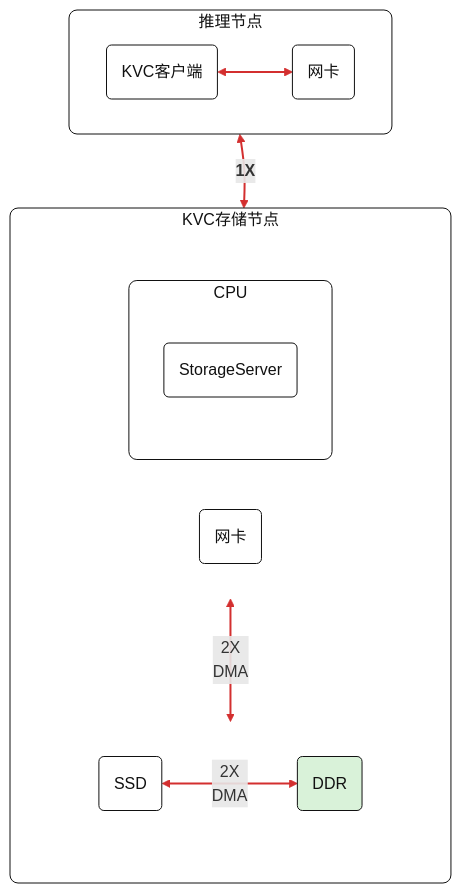
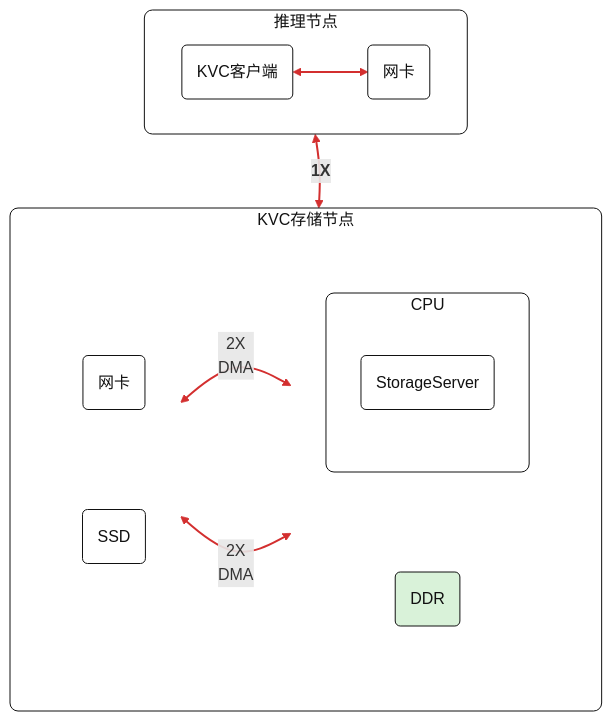
The diagram in doc/l0_enablement.md (kunpengcompute/spdk), drawn with Mermaid before and after one commit.

Commit message:
doc: align DDR below CPU in L0 diagram

````diff
--- a/doc/l0_enablement.md
+++ b/doc/l0_enablement.md
@@ -19,50 +19,48 @@
 ```mermaid
 flowchart TB
     subgraph inference_node["推理节点"]
         direction LR
         kvc_client("KVC客户端") <--> infer_nic("网卡")
     end
 
     subgraph storage_node["KVC存储节点"]
-        direction TB
+        direction LR
 
-        subgraph storage_top[" "]
-            direction LR
-
+        subgraph storage_left[" "]
+            direction TB
             subgraph cpu_box["CPU"]
                 direction TB
                 storage_server("StorageServer")
             end
-
-            storage_nic("网卡")
+            ddr_box("DDR")
         end
 
-        subgraph storage_bottom[" "]
-            direction LR
-            ddr_box("DDR")
+        subgraph storage_right[" "]
+            direction TB
+            storage_nic("网卡")
             ssd_box("SSD")
         end
 
         storage_server ~~~ ddr_box
         storage_nic ~~~ ssd_box
         storage_nic <-->|"2X<br/>DMA"| ddr_box
         ssd_box <-->|"2X<br/>DMA"| ddr_box
     end
 
     kvc_client ~~~ storage_server
     infer_nic <-->|"<b>1X</b>"| storage_nic
 
     classDef defaultBox fill:#ffffff,stroke:#111111,stroke-width:1px,color:#111111;
     classDef ddrBox fill:#d9f2d9,stroke:#111111,stroke-width:1px,color:#111111;
     class kvc_client,infer_nic,storage_nic,ssd_box,storage_server defaultBox;
     class ddr_box ddrBox;
     style inference_node fill:#ffffff,stroke:#111111,stroke-width:1px,color:#111111,rx:8px,ry:8px;
     style storage_node fill:#ffffff,stroke:#111111,stroke-width:1px,color:#111111,rx:8px,ry:8px;
-    style storage_top fill:transparent,stroke:transparent,color:transparent;
-    style storage_bottom fill:transparent,stroke:transparent,color:transparent;
+    style storage_left fill:transparent,stroke:transparent,color:transparent;
+    style storage_right fill:transparent,stroke:transparent,color:transparent;
     style cpu_box fill:#ffffff,stroke:#111111,stroke-width:1px,color:#111111,rx:8px,ry:8px;
     linkStyle 0 stroke:#d32f2f,stroke-width:2px;
     linkStyle 3 stroke:#d32f2f,stroke-width:2px;
     linkStyle 4 stroke:#d32f2f,stroke-width:2px;
     linkStyle 6 stroke:#d32f2f,stroke-width:2px;
 ```
````
